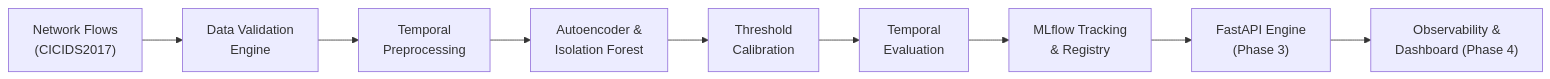
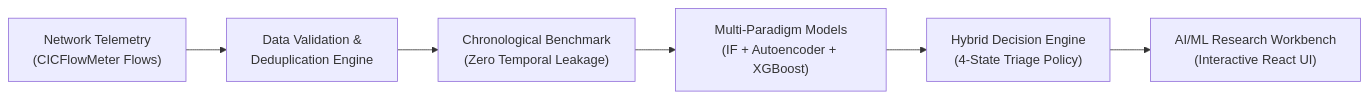
One commit to Nitin-0017/Netdefy changed the first of 2 diagrams in README.md. Above: the diagram before and after it, drawn with Mermaid. The commit also changed other lines of this file and 18 other files, not shown here.

````diff
--- a/README.md
+++ b/README.md
@@ -63,11 +26,8 @@
 ```mermaid
 flowchart LR
-    A["Network Flows\n(CICIDS2017)"] --> B["Data Validation\nEngine"]
-    B --> C["Temporal\nPreprocessing"]
-    C --> D["Autoencoder &\nIsolation Forest"]
-    D --> E["Threshold\nCalibration"]
-    E --> F["Temporal\nEvaluation"]
-    F --> G["MLflow Tracking\n& Registry"]
-    G --> H["FastAPI Engine\n(Phase 3)"]
-    H --> I["Observability &\nDashboard (Phase 4)"]
+    A["Network Telemetry\n(CICFlowMeter Flows)"] --> B["Data Validation &\nDeduplication Engine"]
+    B --> C["Chronological Benchmark\n(Zero Temporal Leakage)"]
+    C --> D["Multi-Paradigm Models\n(IF + Autoencoder + XGBoost)"]
+    D --> E["Hybrid Decision Engine\n(4-State Triage Policy)"]
+    E --> F["AI/ML Research Workbench\n(Interactive React UI)"]
 ```
````
